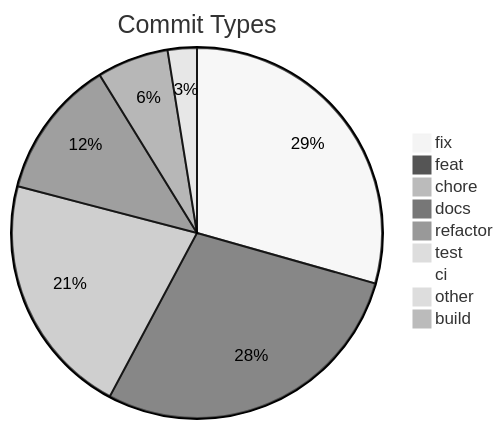
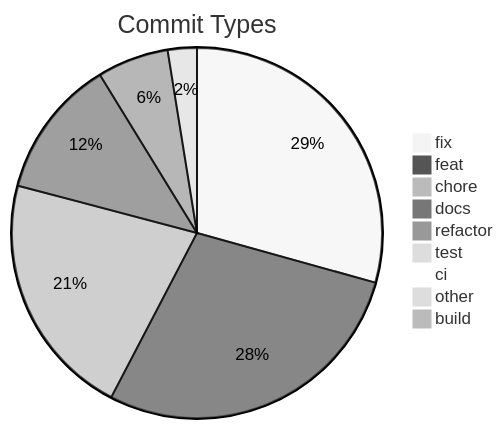
Before and after one commit to svenroth-ai/shipwright: the diagram in .shipwright/compliance/change-history.md, drawn with Mermaid (neutral theme). The commit also changed other lines of this file and 5 other files, not shown here.

````diff
--- a/.shipwright/compliance/change-history.md
+++ b/.shipwright/compliance/change-history.md
@@ -10,12 +10,12 @@
 ```mermaid
 pie title Commit Types
     "fix" : 358
     "feat" : 346
-    "chore" : 259
+    "chore" : 262
     "docs" : 148
     "refactor" : 76
     "test" : 31
     "ci" : 11
     "other" : 9
     "build" : 1
 ```
````
